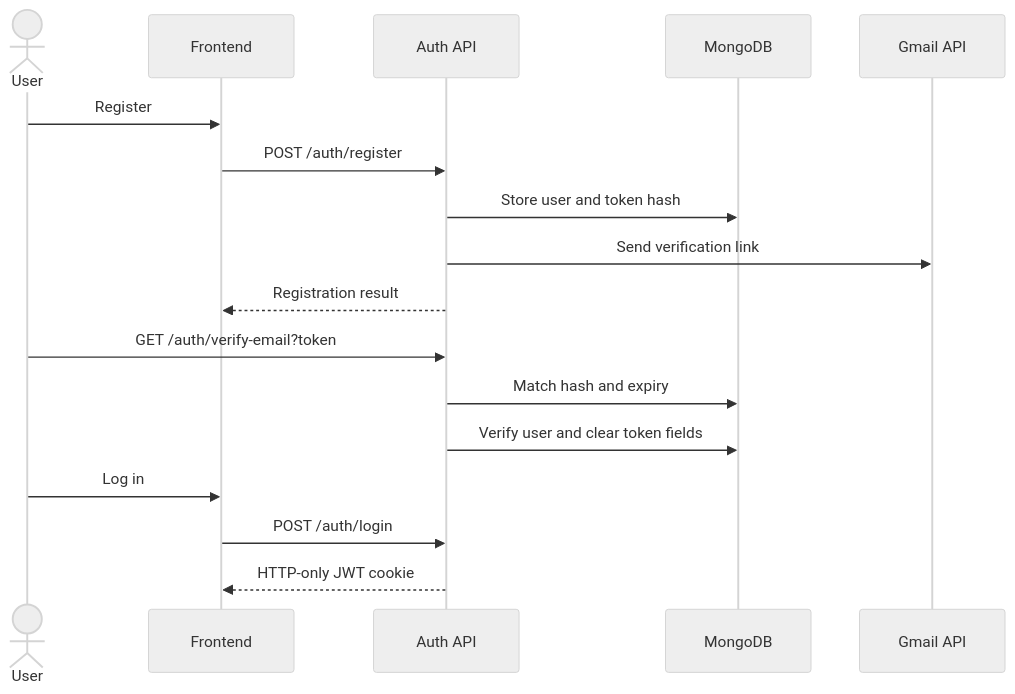
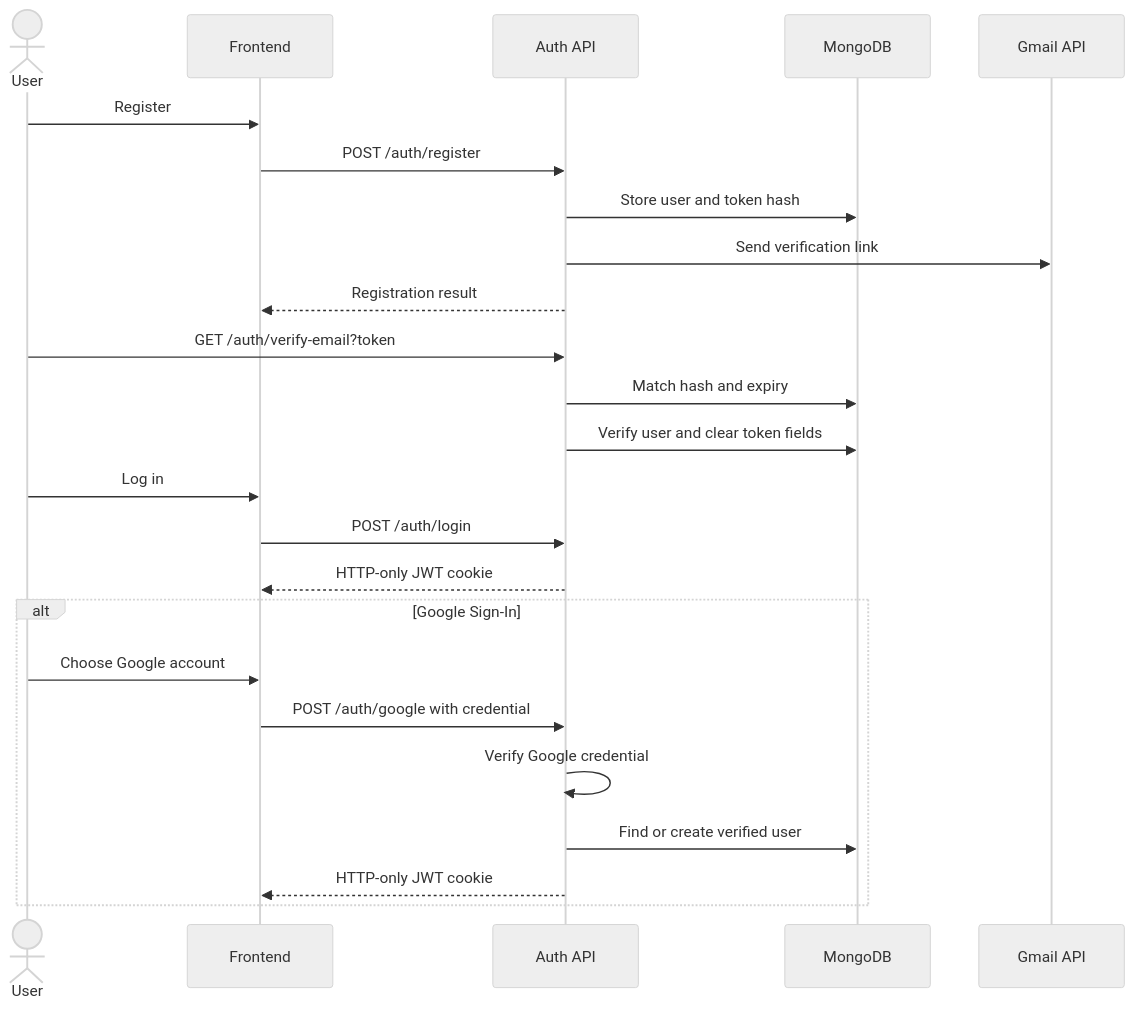
One commit to Saurav11343/click-chat changed the first of 2 diagrams in docs/04-api-reference.md. Above: the diagram before and after it, drawn with Mermaid (neutral theme). The commit also changed other lines of this file and 11 other files, not shown here.

Commit message:
update diagrams

````diff
--- a/docs/04-api-reference.md
+++ b/docs/04-api-reference.md
@@ -48,20 +48,27 @@
 ```mermaid
 sequenceDiagram
     actor U as User
     participant F as Frontend
     participant API as Auth API
     participant DB as MongoDB
     participant GM as Gmail API
 
     U->>F: Register
     F->>API: POST /auth/register
     API->>DB: Store user and token hash
     API->>GM: Send verification link
     API-->>F: Registration result
     U->>API: GET /auth/verify-email?token
     API->>DB: Match hash and expiry
     API->>DB: Verify user and clear token fields
     U->>F: Log in
     F->>API: POST /auth/login
     API-->>F: HTTP-only JWT cookie
+    alt Google Sign-In
+      U->>F: Choose Google account
+      F->>API: POST /auth/google with credential
+      API->>API: Verify Google credential
+      API->>DB: Find or create verified user
+      API-->>F: HTTP-only JWT cookie
+    end
 ```
````
